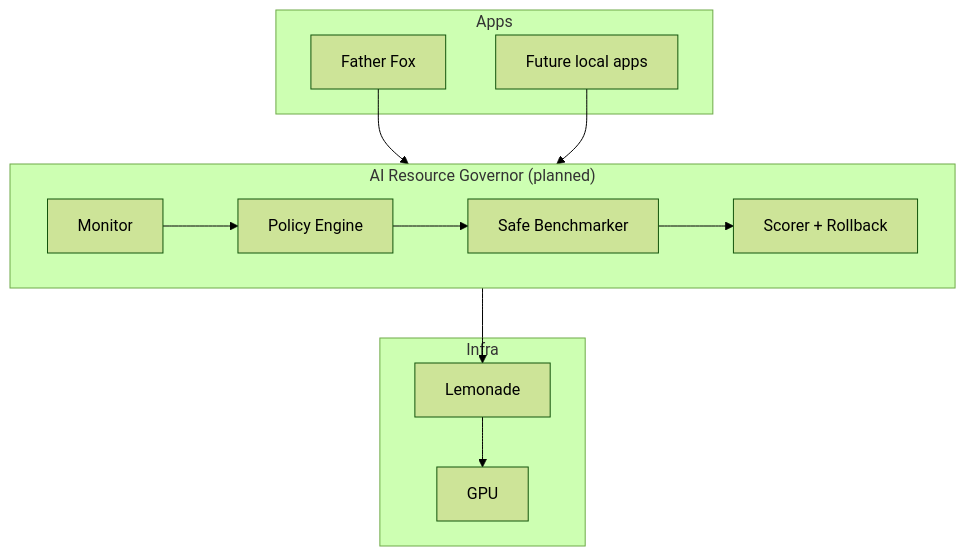
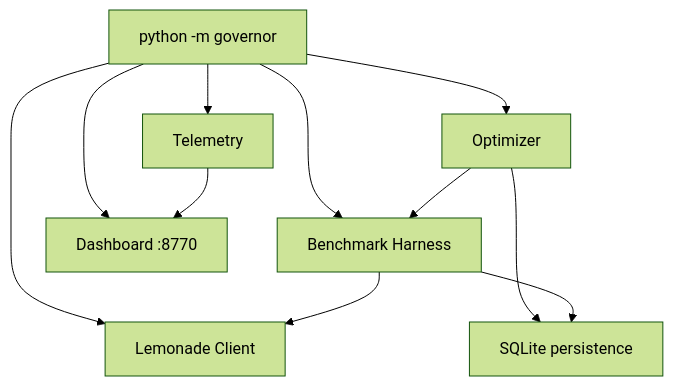
One commit to kayock/kayock-shared-local-ai changed the diagram in governor/README.md. Above: the diagram before and after it, drawn with Mermaid (forest theme). The commit also changed other lines of this file and 3 other files, not shown here.

````diff
--- a/governor/README.md
+++ b/governor/README.md
@@ -18,27 +32,21 @@
 ```mermaid
 flowchart TB
-    subgraph Apps
-        FF["Father Fox"]
-        OT["Future local apps"]
-    end
+    CLI["python -m governor"]
+    TEL["Telemetry"]
+    LM["Lemonade Client"]
+    BENCH["Benchmark Harness"]
+    OPT["Optimizer"]
+    DB["SQLite persistence"]
+    DASH["Dashboard :8770"]
 
-    subgraph Governor["AI Resource Governor (planned)"]
-        MON["Monitor"]
-        POL["Policy Engine"]
-        BENCH["Safe Benchmarker"]
-        SCORE["Scorer + Rollback"]
-    end
-
-    subgraph Infra
-        LM["Lemonade"]
-        GPU["GPU"]
-    end
-
-    FF --> Governor
-    OT --> Governor
-    Governor --> LM
-    LM --> GPU
-    MON --> POL
-    POL --> BENCH
-    BENCH --> SCORE
+    CLI --> TEL
+    CLI --> LM
+    CLI --> BENCH
+    CLI --> OPT
+    CLI --> DASH
+    BENCH --> LM
+    OPT --> BENCH
+    OPT --> DB
+    BENCH --> DB
+    TEL --> DASH
 ```
````
